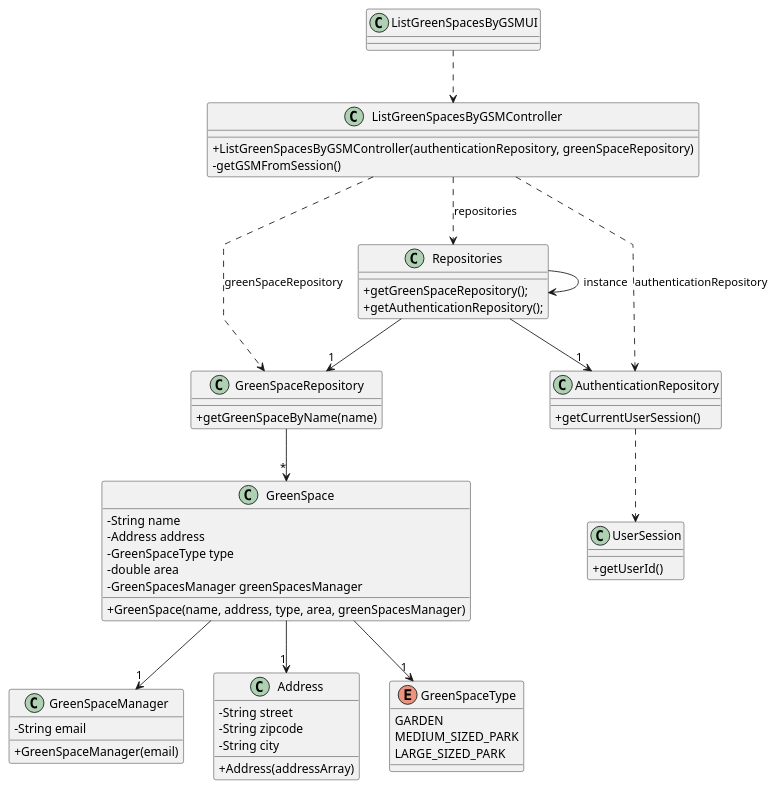
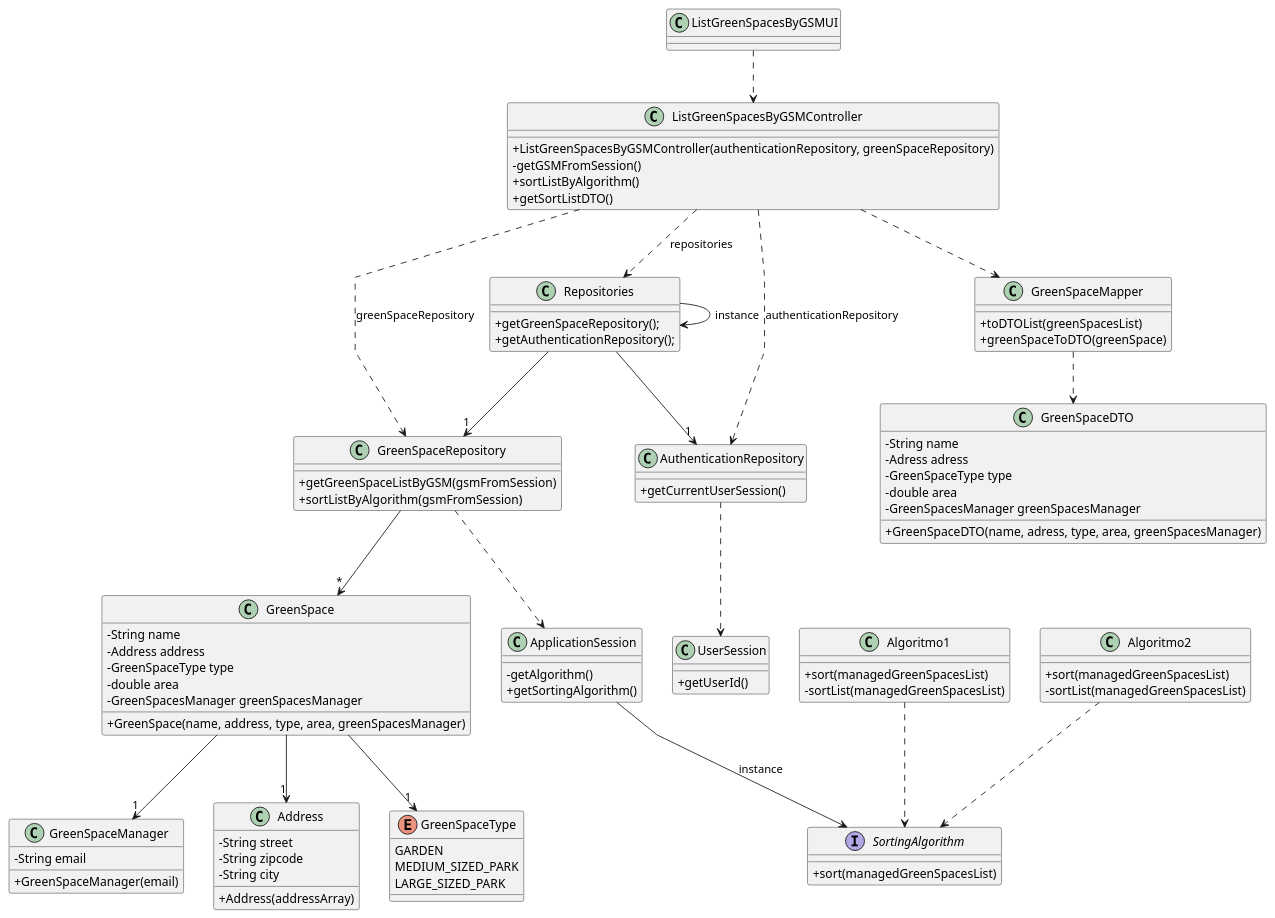
One commit to daniel41silva05/ISEP_2023_2024_LAPR2 changed the diagram in docs/sprintA&B&C/us027/03.design/puml/us027-class-diagram.puml. Above: the diagram before and after it, drawn with PlantUML. The commit also changed 1 other file, not shown here.

Commit message:
US27 - class diagram

```diff
--- a/docs/sprintA&B&C/us027/03.design/puml/us027-class-diagram.puml
+++ b/docs/sprintA&B&C/us027/03.design/puml/us027-class-diagram.puml
@@ -1,76 +1,118 @@
 @startuml
 skinparam packageStyle rectangle
 skinparam shadowing false
 skinparam linetype polyline
 
 skinparam classAttributeIconSize 0
 
 'left to right direction
 
 class ListGreenSpacesByGSMUI {
 }
 
 class ListGreenSpacesByGSMController {
     +ListGreenSpacesByGSMController(authenticationRepository, greenSpaceRepository)
     -getGSMFromSession()
+    +sortListByAlgorithm()
+    +getSortListDTO()
 }
 
 class GreenSpaceRepository {
-    +getGreenSpaceByName(name)
+    +getGreenSpaceListByGSM(gsmFromSession)
+    +sortListByAlgorithm(gsmFromSession)
 }
 
 class GreenSpace {
     -String name
     -Address address
     -GreenSpaceType type
     -double area
     -GreenSpacesManager greenSpacesManager
     +GreenSpace(name, address, type, area, greenSpacesManager)
 }
 
 class GreenSpaceManager{
     -String email
     +GreenSpaceManager(email)
 }
 
 class Address{
     -String street
     -String zipcode
     -String city
     +Address(addressArray)
 }
 
 enum GreenSpaceType{
     GARDEN
     MEDIUM_SIZED_PARK
     LARGE_SIZED_PARK
 }
 
 class Repositories{
     +getGreenSpaceRepository();
     +getAuthenticationRepository();
 }
 
 class AuthenticationRepository {
     +getCurrentUserSession()
 }
 
 class UserSession {
     +getUserId()
 }
 
+class GreenSpaceDTO {
+    -String name
+    -Adress adress
+    -GreenSpaceType type
+    -double area
+    -GreenSpacesManager greenSpacesManager
+    +GreenSpaceDTO(name, adress, type, area, greenSpacesManager)
+}
+
+class GreenSpaceMapper {
+    +toDTOList(greenSpacesList)
+    +greenSpaceToDTO(greenSpace)
+}
+
+class ApplicationSession {
+    -getAlgorithm()
+    +getSortingAlgorithm()
+}
+
+interface SortingAlgorithm {
+    +sort(managedGreenSpacesList)
+}
+
+class Algoritmo1 {
+    +sort(managedGreenSpacesList)
+    -sortList(managedGreenSpacesList)
+}
+
+class Algoritmo2 {
+    +sort(managedGreenSpacesList)
+    -sortList(managedGreenSpacesList)
+}
+
 
 ListGreenSpacesByGSMUI ..> ListGreenSpacesByGSMController
 ListGreenSpacesByGSMController ..> Repositories: repositories
 ListGreenSpacesByGSMController ..> GreenSpaceRepository: greenSpaceRepository
 ListGreenSpacesByGSMController ..> AuthenticationRepository: authenticationRepository
 AuthenticationRepository ..> UserSession
 Repositories --> Repositories: instance
 Repositories --> "1" GreenSpaceRepository
 Repositories --> "1" AuthenticationRepository
 GreenSpaceRepository --> "*" GreenSpace
 GreenSpace --> "1" GreenSpaceManager
 GreenSpace --> "1" Address
 GreenSpace --> "1" GreenSpaceType
+GreenSpaceRepository ..> ApplicationSession
+ApplicationSession --> SortingAlgorithm: instance
+Algoritmo1 ..> SortingAlgorithm
+Algoritmo2 ..> SortingAlgorithm
+ListGreenSpacesByGSMController ..> GreenSpaceMapper
+GreenSpaceMapper ..> GreenSpaceDTO
 
 @enduml
```
